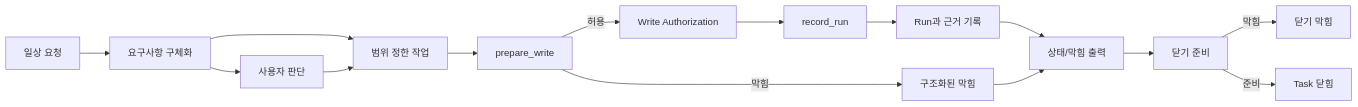
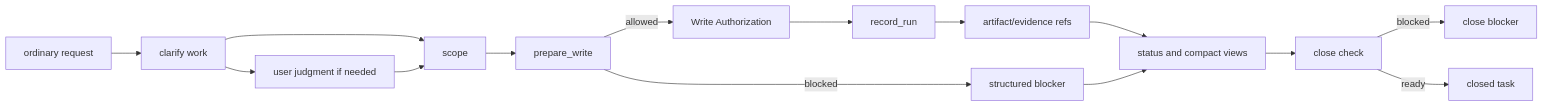
Before and after one commit to minjungw00/Harness_Project: the diagram in docs/ko/build/runtime-walkthrough.md, drawn with Mermaid. The commit also changed other lines of this file and 11 other files, not shown here.

````diff
--- a/docs/ko/build/runtime-walkthrough.md
+++ b/docs/ko/build/runtime-walkthrough.md
@@ -30,17 +25,17 @@
 ```mermaid
 flowchart LR
-  Request["일상 요청"] --> Clarify["요구사항 구체화"]
-  Clarify --> Decision["사용자 판단"]
-  Clarify --> Scope["범위 정한 작업"]
-  Decision --> Scope
+  Request["ordinary request"] --> Clarify["clarify work"]
+  Clarify --> Judgment["user judgment if needed"]
+  Clarify --> Scope["scope"]
+  Judgment --> Scope
   Scope --> Prepare["prepare_write"]
-  Prepare -->|허용| Authorization["Write Authorization"]
-  Prepare -->|막힘| Blocker["구조화된 막힘"]
-  Authorization --> Run["record_run"]
-  Run --> Evidence["Run과 근거 기록"]
-  Evidence --> Readable["상태/막힘 출력"]
-  Blocker --> Readable
-  Readable --> CloseCheck["닫기 준비"]
-  CloseCheck -->|막힘| CloseBlocker["닫기 막힘"]
-  CloseCheck -->|준비| Close["Task 닫힘"]
+  Prepare -->|allowed| Auth["Write Authorization"]
+  Prepare -->|blocked| Blocker["structured blocker"]
+  Auth --> Run["record_run"]
+  Run --> Evidence["artifact/evidence refs"]
+  Evidence --> Status["status and compact views"]
+  Blocker --> Status
+  Status --> CloseCheck["close check"]
+  CloseCheck -->|blocked| CloseBlocker["close blocker"]
+  CloseCheck -->|ready| Closed["closed task"]
 ```
````
